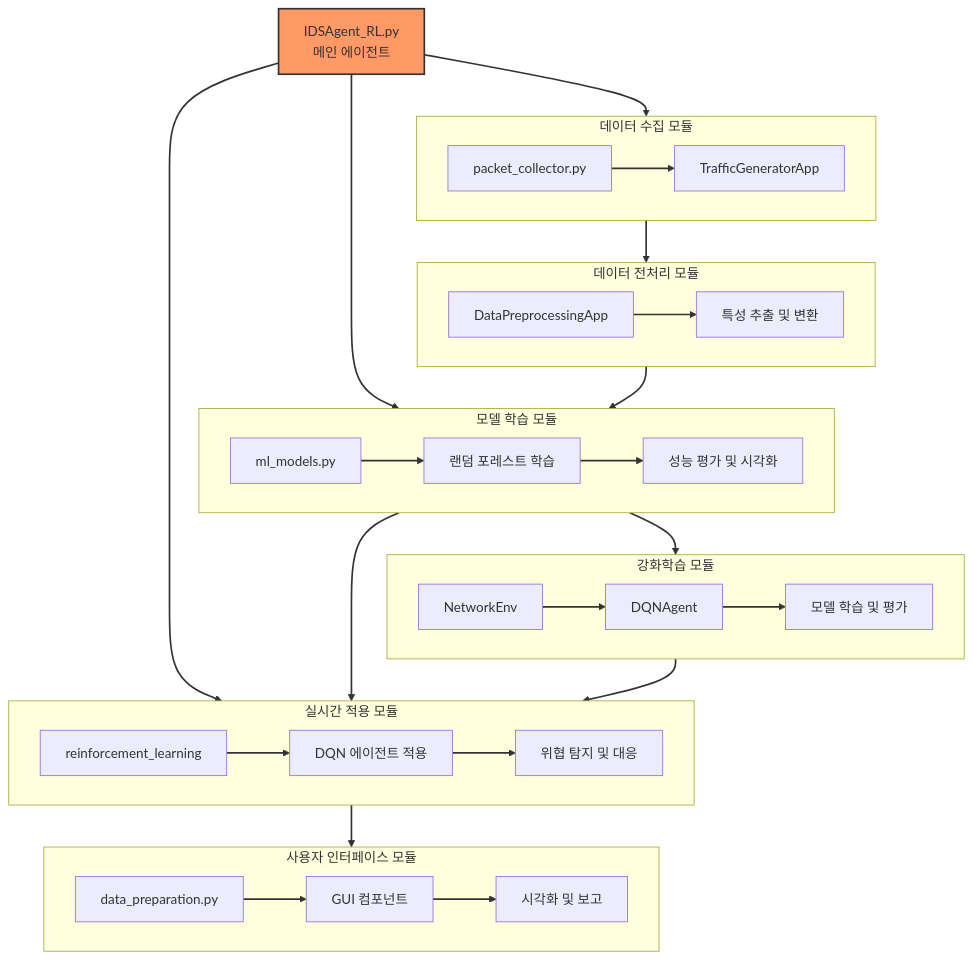
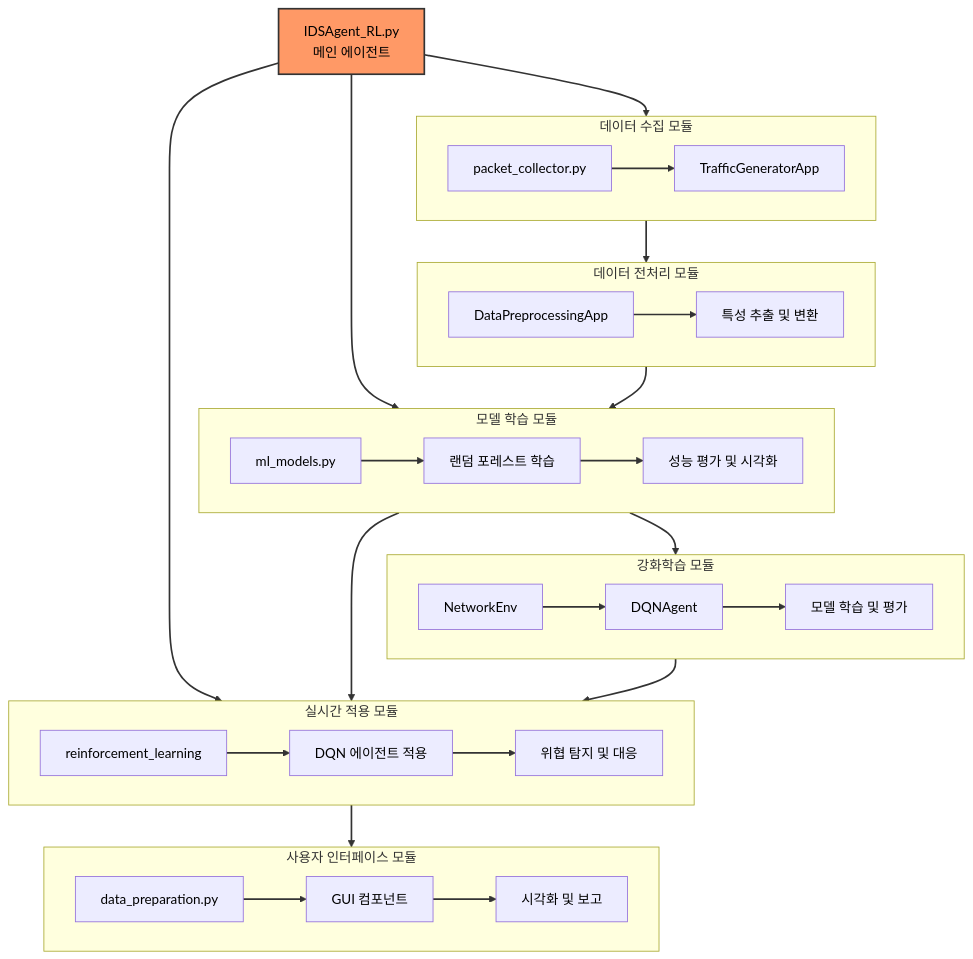
The fourth of 4 diagrams in README.md (Es5724/Intrusion_DetectionSystem_AIagent), drawn with Mermaid before and after one commit. The commit also changed other lines of this file, not shown here.

````diff
--- a/README.md
+++ b/README.md
@@ -368,53 +343,55 @@
 ```mermaid
 flowchart TB
     main[IDSAgent_RL.py\n메인 에이전트]
     
     main --> data
     main --> model
     main --> realtime
     
     %% 모듈 배치
     subgraph data[데이터 수집 모듈]
         direction LR
         collector[packet_collector.py] --> generator[TrafficGeneratorApp]
     end
     
     subgraph preprocess[데이터 전처리 모듈]
         direction LR
         preprocessing[DataPreprocessingApp] --> features[특성 추출 및 변환]
     end
     
     subgraph model[모델 학습 모듈]
         direction LR
         ml[ml_models.py] --> rf[랜덤 포레스트 학습] --> eval[성능 평가 및 시각화]
     end
     
     subgraph rl[강화학습 모듈]
         direction LR
         env[NetworkEnv] --> agent[DQNAgent] --> train[모델 학습 및 평가]
     end
     
     subgraph realtime[실시간 적용 모듈]
         direction LR
         reinforce[reinforcement_learning] --> dqn[DQN 에이전트 적용] --> detect[위협 탐지 및 대응]
     end
     
     subgraph ui[사용자 인터페이스 모듈]
         direction LR
         prep[data_preparation.py] --> components[GUI 컴포넌트] --> visual[시각화 및 보고]
     end
     
     %% 모듈 간 연결
     data --> preprocess
     preprocess --> model
     model --> realtime
     model --> rl
     rl --> realtime
     realtime --> ui
     
     %% 스타일 정의
-    classDef moduleHeader fill:#f96,stroke:#333,stroke-width:2px;
+    classDef moduleHeader fill:#f96,stroke:#333,stroke-width:2px,color:black;
     class main moduleHeader
+    
+    classDef default color:black;
     
     linkStyle default stroke:#333,stroke-width:2px;
 ```
````
